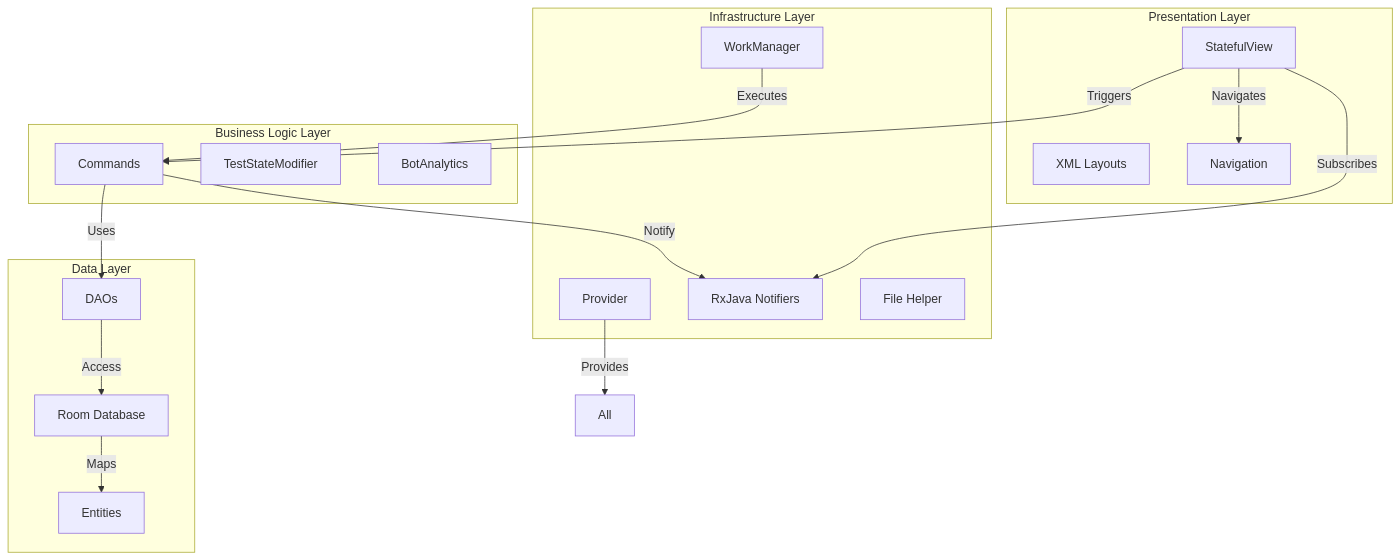
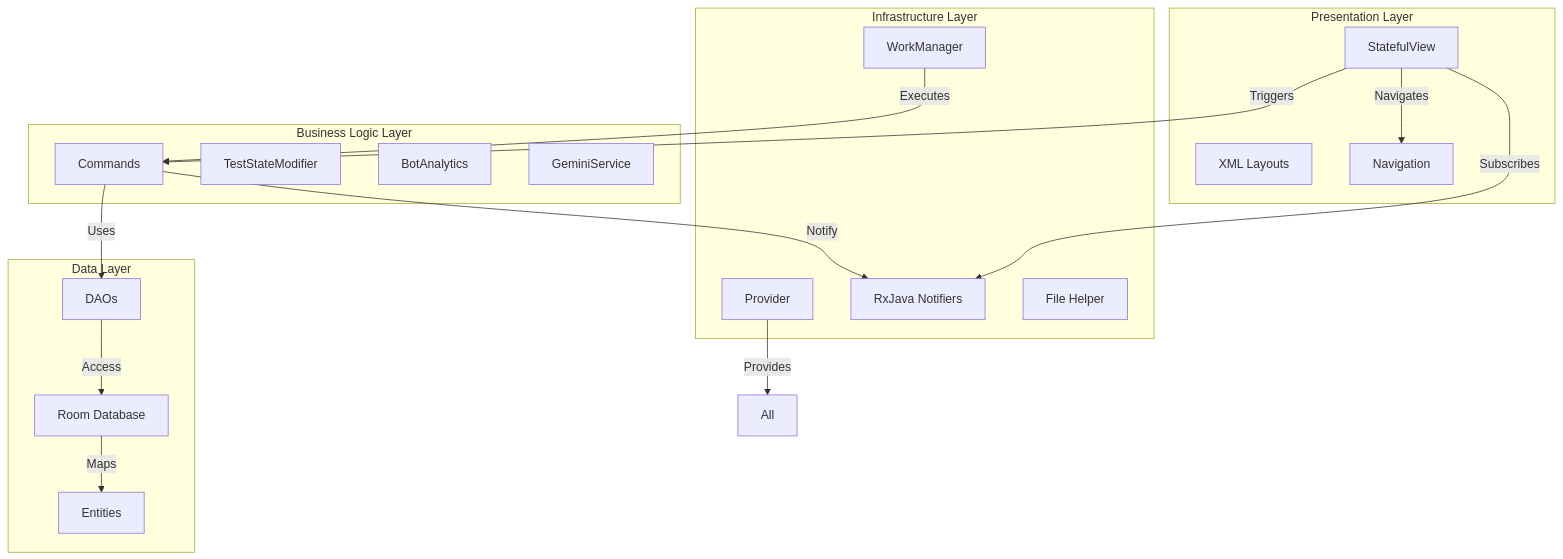
The fourth of 7 diagrams in README.md (rh-id/a-flash-deck), drawn with Mermaid before and after one commit. The commit also changed other lines of this file and 30 other files, not shown here.

````diff
--- a/README.md
+++ b/README.md
@@ -192,37 +208,38 @@
 ```mermaid
 graph TB
     subgraph "Presentation Layer"
         A[StatefulView]
         B[XML Layouts]
         C[Navigation]
     end
 
     subgraph "Business Logic Layer"
         D[Commands]
         E[TestStateModifier]
         F[BotAnalytics]
+        G_AI[GeminiService]
     end
 
     subgraph "Data Layer"
         G[DAOs]
         H[Room Database]
         I[Entities]
     end
 
     subgraph "Infrastructure Layer"
         J[Provider]
         K[WorkManager]
         L[RxJava Notifiers]
         M[File Helper]
     end
 
     A -->|Triggers| D
     A -->|Subscribes| L
     A -->|Navigates| C
     D -->|Uses| G
     G -->|Access| H
     H -->|Maps| I
     D -->|Notify| L
     K -->|Executes| D
     J -->|Provides| All
 ```
````
